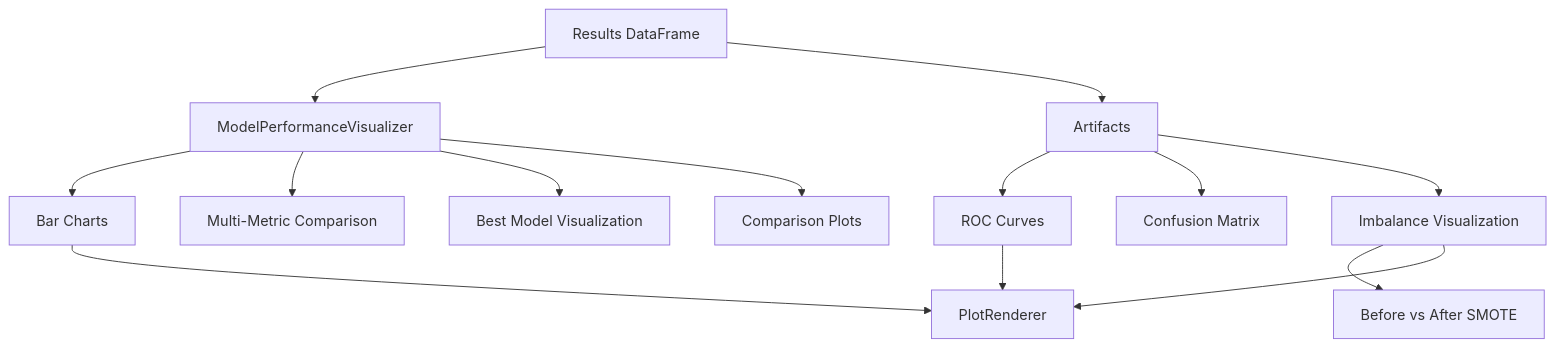
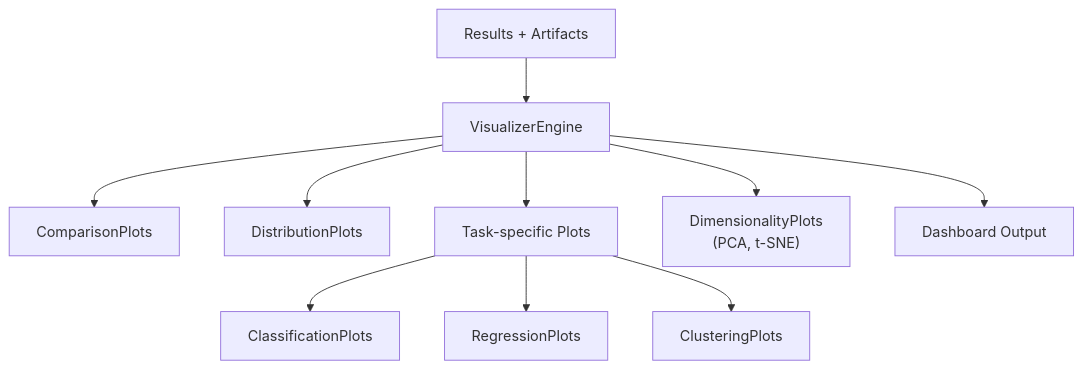
Before and after one commit to abhinavssingh/python-learnings: the fifth of 6 diagrams in lib/utility/machinelearning/README.md, drawn with Mermaid. The commit also changed other lines of this file and 41 other files, not shown here.

````diff
--- a/lib/utility/machinelearning/README.md
+++ b/lib/utility/machinelearning/README.md
@@ -171,23 +178,17 @@
 ```mermaid
 flowchart TD
 
-    A[Results DataFrame] --> B[ModelPerformanceVisualizer]
+    A[Results + Artifacts] --> B[VisualizerEngine]
 
-    B --> C[Bar Charts]
-    B --> D[Multi-Metric Comparison]
-    B --> E[Best Model Visualization]
+    B --> C[ComparisonPlots]
+    B --> D[DistributionPlots]
+    B --> E[Task-specific Plots]
 
-    A --> F[Artifacts]
+    E --> E1[ClassificationPlots]
+    E --> E2[RegressionPlots]
+    E --> E3[ClusteringPlots]
 
-    F --> G[ROC Curves]
-    F --> H[Confusion Matrix]
-    F --> I[Imbalance Visualization]
+    B --> F["DimensionalityPlots<br/>(PCA, t-SNE)"]
 
-    I --> I1[Before vs After SMOTE]
-
-    B --> J[Comparison Plots]
-
-    C --> K[PlotRenderer]
-    G --> K
-    I --> K
+    B --> G[Dashboard Output]
 ```
````
